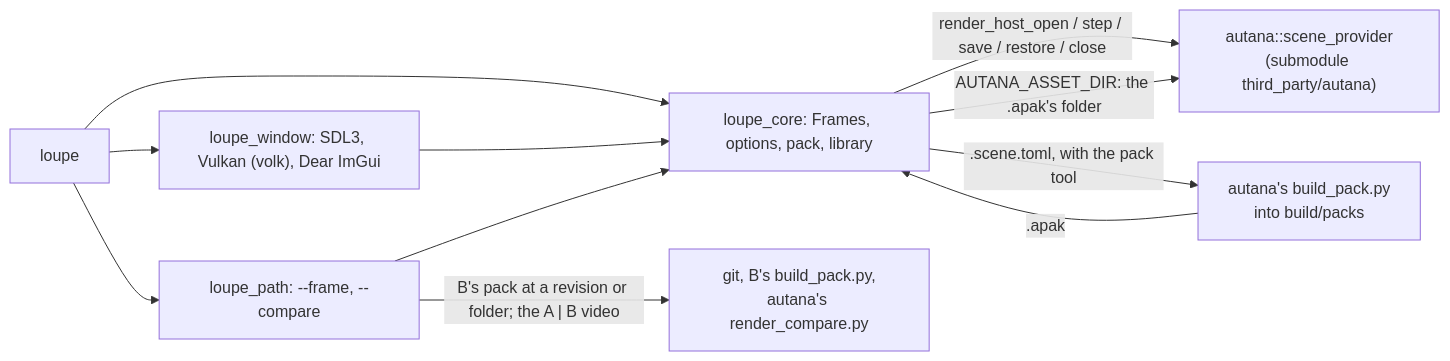
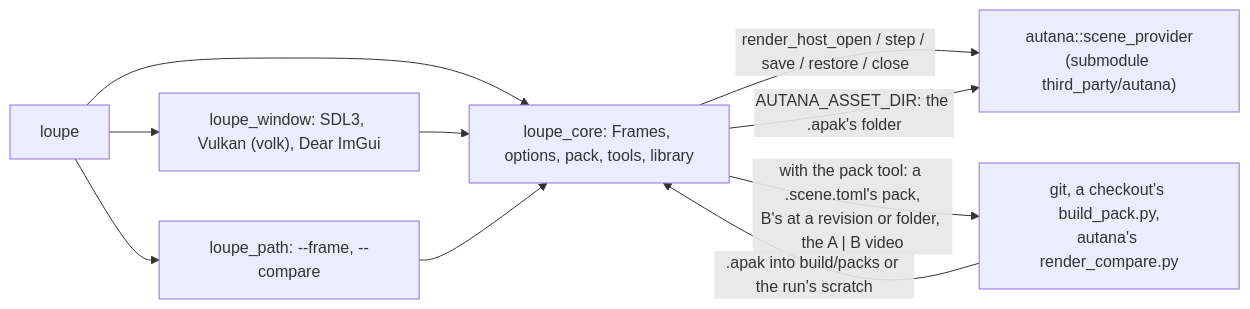
The diagram in README.md (jose-villegas/loupe), drawn with Mermaid before and after one commit. The commit also changed other lines of this file and 19 other files, not shown here.

Commit message:
One spelling of the renderer flags (RenderFlags), one file that runs git and autana's tools (tools.cpp), B built after A is timed, the video fit asked of autana (autana-i5djy.5)

````diff
--- a/README.md
+++ b/README.md
@@ -10,13 +10,12 @@
 ```mermaid
 flowchart LR
   cli["loupe"] --> window["loupe_window: SDL3, Vulkan (volk), Dear ImGui"]
-  cli --> core["loupe_core: Frames, options, pack, library"]
+  cli --> core["loupe_core: Frames, options, pack, tools, library"]
   cli --> path["loupe_path: --frame, --compare"]
   window --> core
   path --> core
-  path -- "B's pack at a revision or folder; the A | B video" --> tools["git, B's build_pack.py,<br/>autana's render_compare.py"]
   core -- "render_host_open / step / save / restore / close" --> autana["autana::scene_provider<br/>(submodule third_party/autana)"]
-  core -- ".scene.toml, with the pack tool" --> pack["autana's build_pack.py<br/>into build/packs"]
-  pack -- ".apak" --> core
+  core -- "with the pack tool: a .scene.toml's pack,<br/>B's at a revision or folder, the A | B video" --> tools["git, a checkout's build_pack.py,<br/>autana's render_compare.py"]
+  tools -- ".apak into build/packs or the run's scratch" --> core
   core -- "AUTANA_ASSET_DIR: the .apak's folder" --> autana
 ```
````
